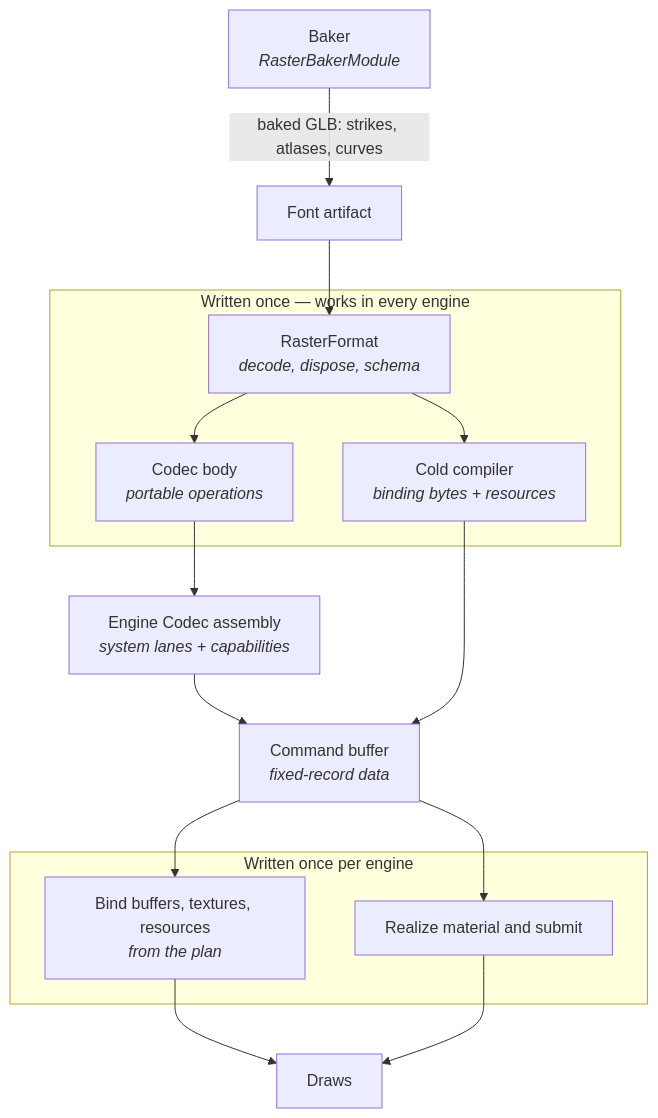
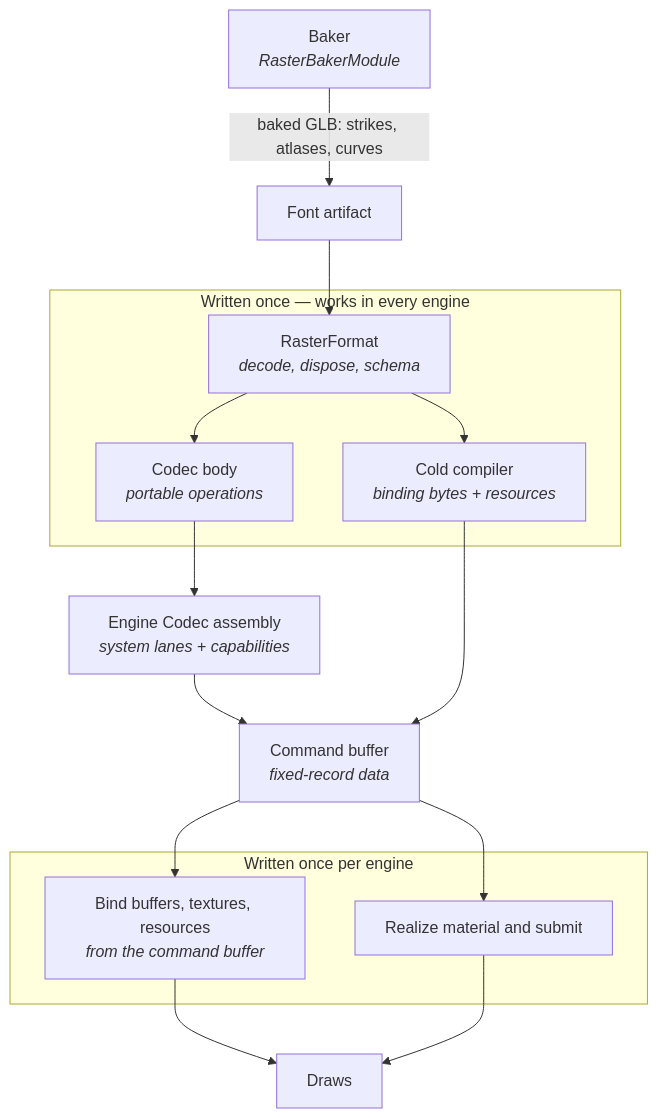
One commit to pmndrs/glyph changed the second of 2 diagrams in README.md. Above: the diagram before and after it, drawn with Mermaid. The commit also changed other lines of this file and 7 other files, not shown here.

````diff
--- a/README.md
+++ b/README.md
@@ -347,19 +365,19 @@
 ```mermaid
 flowchart TD
   baker["Baker<br/><i>RasterBakerModule</i>"] -->|"baked GLB: strikes, atlases, curves"| artifact["Font artifact"]
   artifact --> raster
   subgraph portable["Written once — works in every engine"]
     raster["RasterFormat<br/><i>decode, dispose, schema</i>"]
     codec["Codec body<br/><i>portable operations</i>"]
     binding["Cold compiler<br/><i>binding bytes + resources</i>"]
   end
   raster --> codec --> assemble["Engine Codec assembly<br/><i>system lanes + capabilities</i>"]
   assemble --> commands["Command buffer<br/><i>fixed-record data</i>"]
   raster --> binding --> commands
   subgraph engine["Written once per engine"]
-    gpu["Bind buffers, textures, resources<br/><i>from the plan</i>"]
+    gpu["Bind buffers, textures, resources<br/><i>from the command buffer</i>"]
     material["Realize material and submit"]
   end
   commands --> gpu --> draw["Draws"]
   commands --> material --> draw
 ```
````
